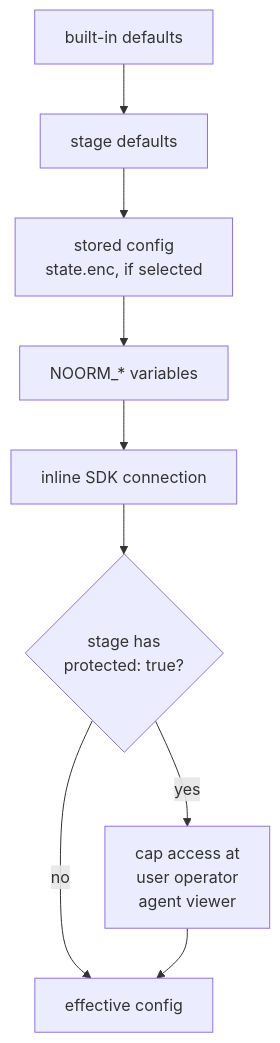
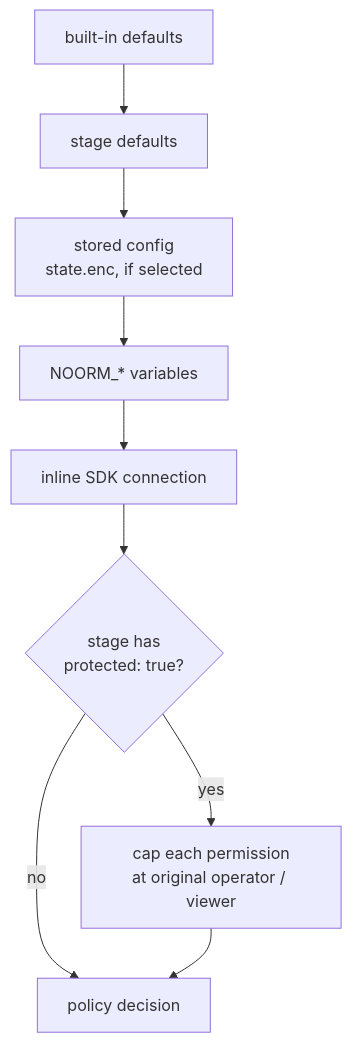
Before and after one commit to noormdev/noorm: the diagram in docs/guide/environments/stages.md, drawn with Mermaid. The commit also changed other lines of this file and 349 other files, not shown here.

````diff
--- a/docs/guide/environments/stages.md
+++ b/docs/guide/environments/stages.md
@@ -56,11 +56,11 @@
 ```mermaid
 flowchart TD
     D["built-in defaults"] --> S["stage defaults"]
     S --> C["stored config<br/>state.enc, if selected"]
     C --> E["NOORM_* variables"]
     E --> I["inline SDK connection"]
     I --> P{"stage has<br/>protected: true?"}
-    P -->|yes| K["cap access at<br/>user operator<br/>agent viewer"]
-    P -->|no| R["effective config"]
+    P -->|yes| K["cap each permission<br/>at original operator / viewer"]
+    P -->|no| R["policy decision"]
     K --> R
 ```
````
